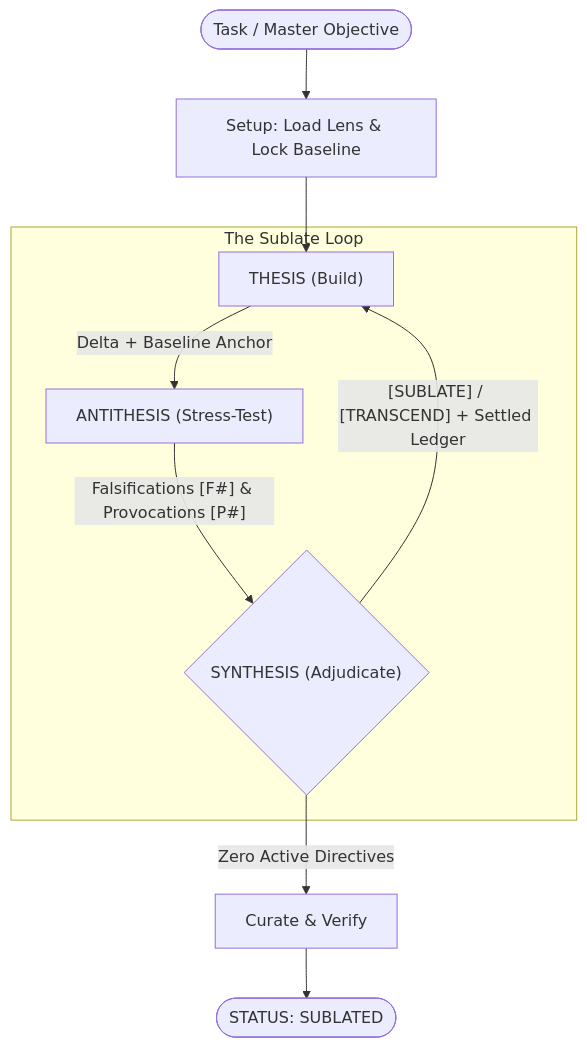
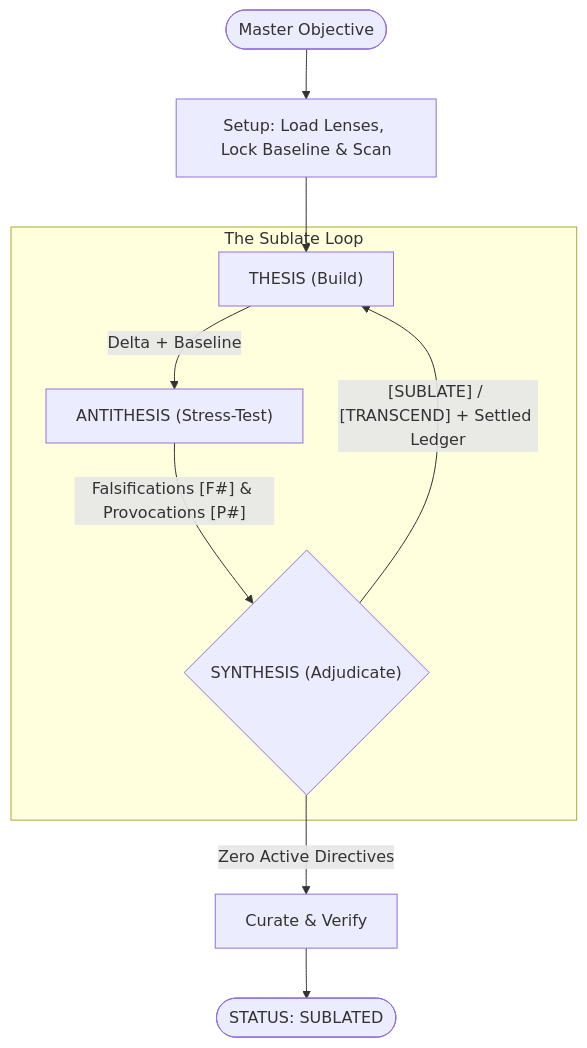
One commit to jessetane/sublate changed the diagram in README.md. Above: the diagram before and after it, drawn with Mermaid. The commit also changed other lines of this file, not shown here.

Commit message:
docs: align readme with v3 structure and lenses

````diff
--- a/README.md
+++ b/README.md
@@ -17,14 +20,14 @@
 ```mermaid
 flowchart TD
-    Start(["Task / Master Objective"]) --> Setup["Setup: Load Lens & Lock Baseline"]
+    Start(["Master Objective"]) --> Setup["Setup: Load Lenses, Lock Baseline & Scan"]
     Setup --> Thesis["THESIS (Build)"]
 
-    subgraph SublateLoop ["The Sublate Loop"]
-        Thesis -->|"Delta + Baseline Anchor"| Antithesis["ANTITHESIS (Stress-Test)"]
+    subgraph Loop ["The Sublate Loop"]
+        Thesis -->|"Delta + Baseline"| Antithesis["ANTITHESIS (Stress-Test)"]
         Antithesis -->|"Falsifications [F#] & Provocations [P#]"| Synthesis{"SYNTHESIS (Adjudicate)"}
         Synthesis -->|"[SUBLATE] / [TRANSCEND] + Settled Ledger"| Thesis
     end
 
     Synthesis -->|"Zero Active Directives"| Curate["Curate & Verify"]
     Curate --> Complete(["STATUS: SUBLATED"])
 ```
````
